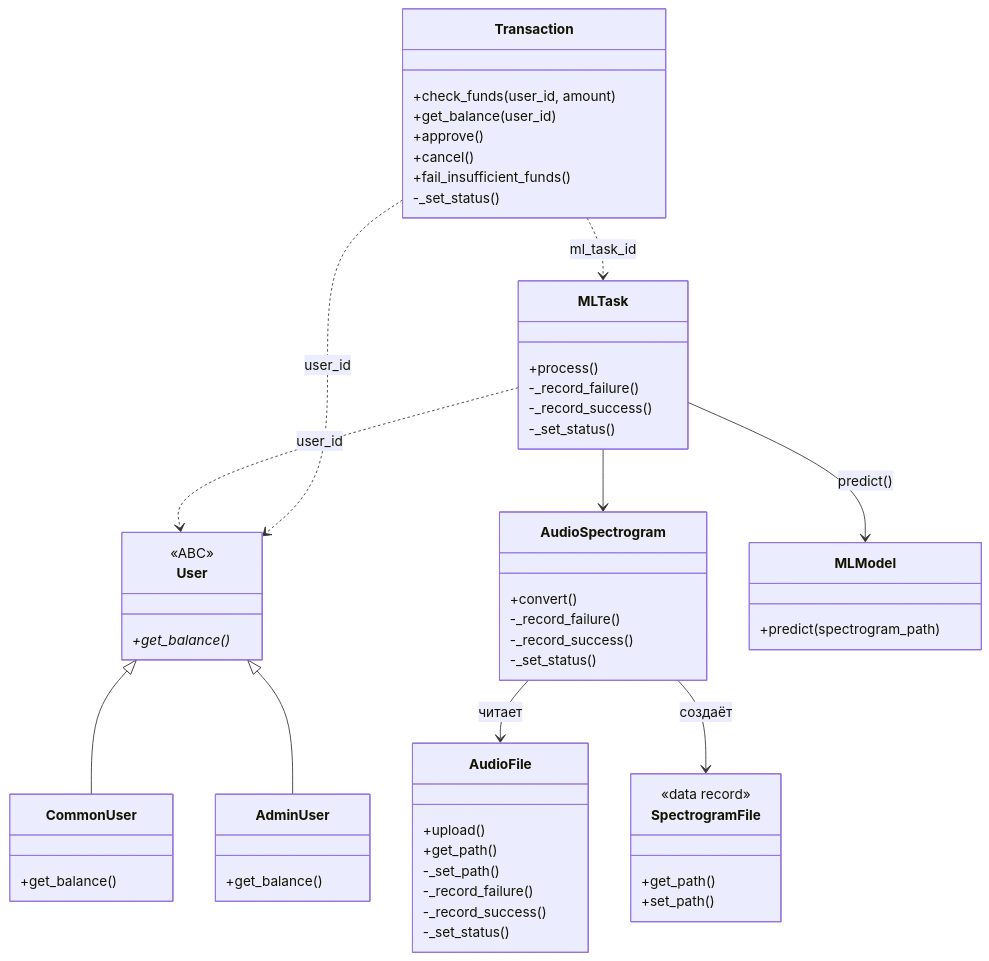
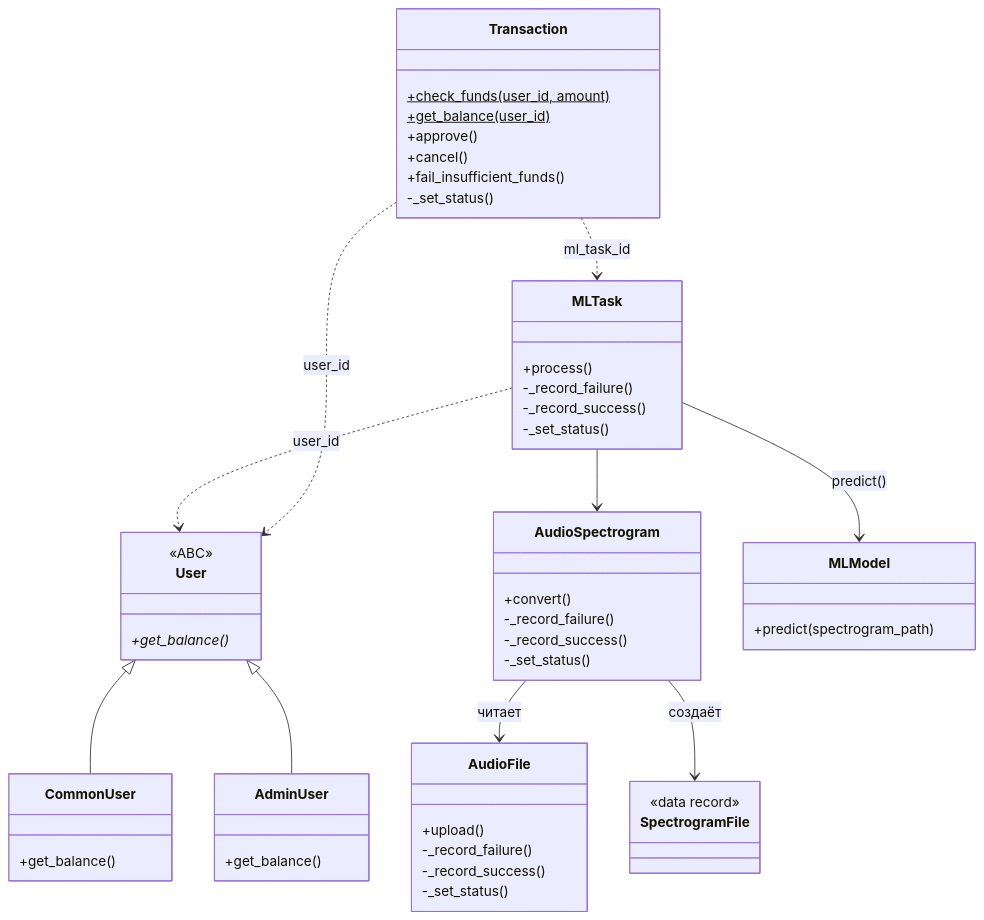
One commit to Ch1g/MusicGenreSommelierAI changed the first of 2 diagrams in README.md. Above: the diagram before and after it, drawn with Mermaid. The commit also changed 9 other files, not shown here.

````diff
--- a/README.md
+++ b/README.md
@@ -11,72 +11,68 @@
 ```mermaid
 classDiagram
     direction TB
 
     class User {
         <<ABC>>
         +get_balance()* 
     }
 
     class CommonUser {
         +get_balance()
     }
 
     class AdminUser {
         +get_balance()
     }
 
     class AudioFile {
         +upload()
-        +get_path()
-        -_set_path()
         -_record_failure()
         -_record_success()
         -_set_status()
     }
 
     class SpectrogramFile {
-        +get_path()
-        +set_path()
         <<data record>>
     }
 
     class AudioSpectrogram {
         +convert()
         -_record_failure()
         -_record_success()
         -_set_status()
     }
 
     class MLModel {
         +predict(spectrogram_path)
     }
 
     class MLTask {
         +process()
         -_record_failure()
         -_record_success()
         -_set_status()
     }
 
     class Transaction {
-        +check_funds(user_id, amount)
-        +get_balance(user_id)
+        +check_funds(user_id, amount) $
+        +get_balance(user_id) $
         +approve()
         +cancel()
         +fail_insufficient_funds()
         -_set_status()
     }
 
     User <|-- CommonUser
     User <|-- AdminUser
 
     AudioSpectrogram --> AudioFile : читает
     AudioSpectrogram --> SpectrogramFile : создаёт
 
     MLTask --> AudioSpectrogram
     MLTask --> MLModel : predict()
 
     MLTask ..> User : user_id
     Transaction ..> User : user_id
     Transaction ..> MLTask : ml_task_id
 ```
````
